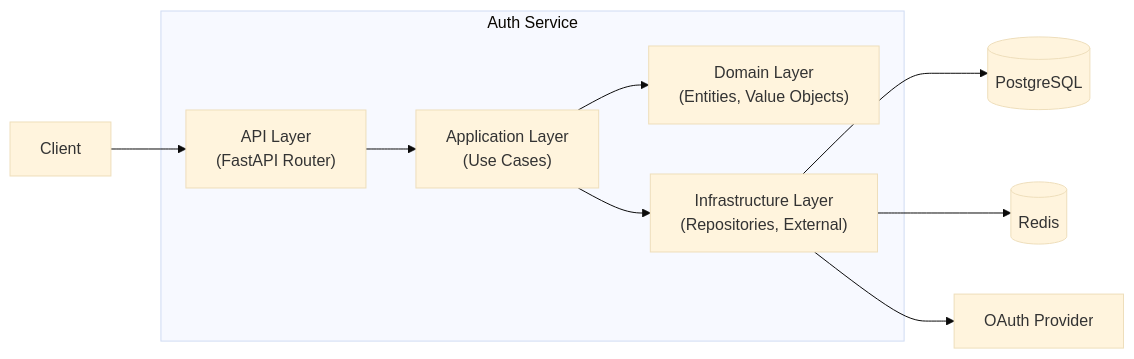
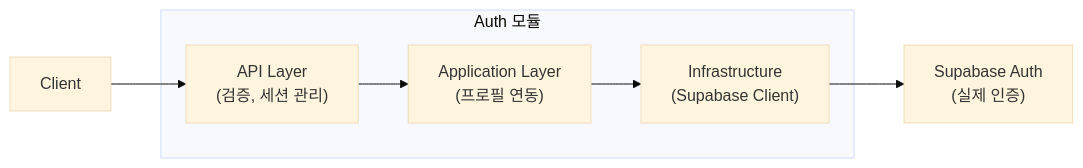
Before and after one commit to Prometheus-P/OndaCoreana: the third of 9 diagrams in docs/specs/ARCHITECTURE.md, drawn with Mermaid (base theme). The commit also changed other lines of this file and 3 other files, not shown here.

````diff
--- a/docs/specs/ARCHITECTURE.md
+++ b/docs/specs/ARCHITECTURE.md
@@ -171,17 +180,13 @@
 ```mermaid
 graph LR
-    subgraph AuthService["Auth Service"]
-        API["API Layer<br/>(FastAPI Router)"]
-        App["Application Layer<br/>(Use Cases)"]
-        Domain["Domain Layer<br/>(Entities, Value Objects)"]
-        Infra["Infrastructure Layer<br/>(Repositories, External)"]
+    subgraph AuthModule["Auth 모듈"]
+        API["API Layer<br/>(검증, 세션 관리)"]
+        App["Application Layer<br/>(프로필 연동)"]
+        Infra["Infrastructure<br/>(Supabase Client)"]
     end
 
     Client["Client"] --> API
     API --> App
-    App --> Domain
     App --> Infra
-    Infra --> DB[("PostgreSQL")]
-    Infra --> Cache[("Redis")]
-    Infra --> OAuth["OAuth Provider"]
+    Infra --> Supabase["Supabase Auth<br/>(실제 인증)"]
 ```
````
